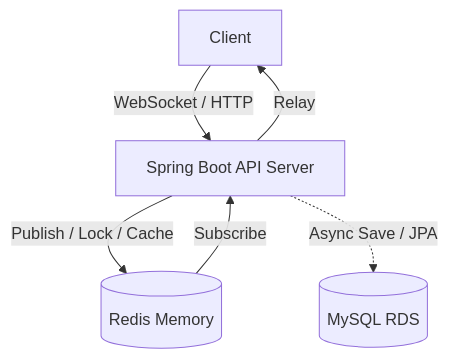
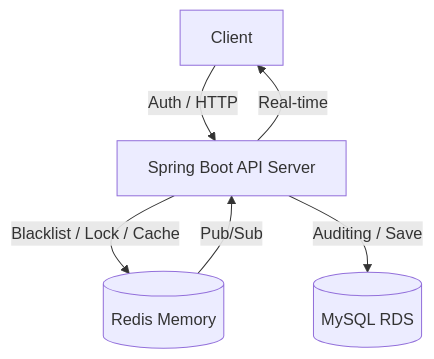
The diagram in README.md (helloyoogs/tarot-insight-backend), drawn with Mermaid before and after one commit. The commit also changed other lines of this file, not shown here.

Commit message:
[docs] 기술 성취 및 트러블슈팅 내역 반영 README 업데이트 - Spring Boot 4.0 환경 마이그레이션 및 Jackson 버전 충돌 해결 내역 기록 - Redis 분산 락, 캐싱, 보안 블랙리스트 전략 상세 기술 - JPA Auditing 기반 데이터 추적성 확보 및 패키지 리팩토링 내용 반영

````diff
--- a/README.md
+++ b/README.md
@@ -33,8 +33,8 @@
 ```mermaid
 graph TD
-    Client[Client] -->|WebSocket / HTTP| Server[Spring Boot API Server]
-    Server -->|Publish / Lock / Cache| Redis[(Redis Memory)]
-    Redis -->|Subscribe| Server
-    Server -->|Relay| Client
-    Server -.->|Async Save / JPA| MySQL[(MySQL RDS)]
+    Client[Client] -->|Auth / HTTP| Server[Spring Boot API Server]
+    Server -->|Blacklist / Lock / Cache| Redis[(Redis Memory)]
+    Server -->|Auditing / Save| MySQL[(MySQL RDS)]
+    Redis -->|Pub/Sub| Server
+    Server -->|Real-time| Client
 ```
````
